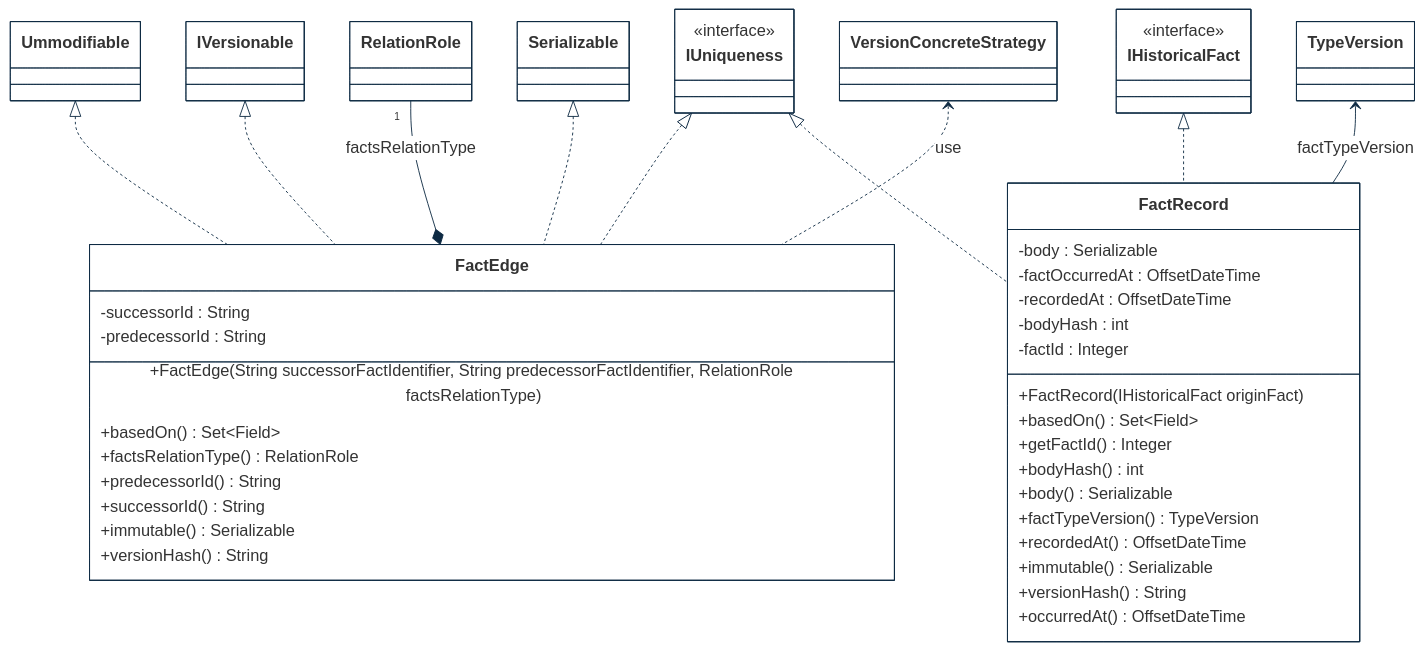
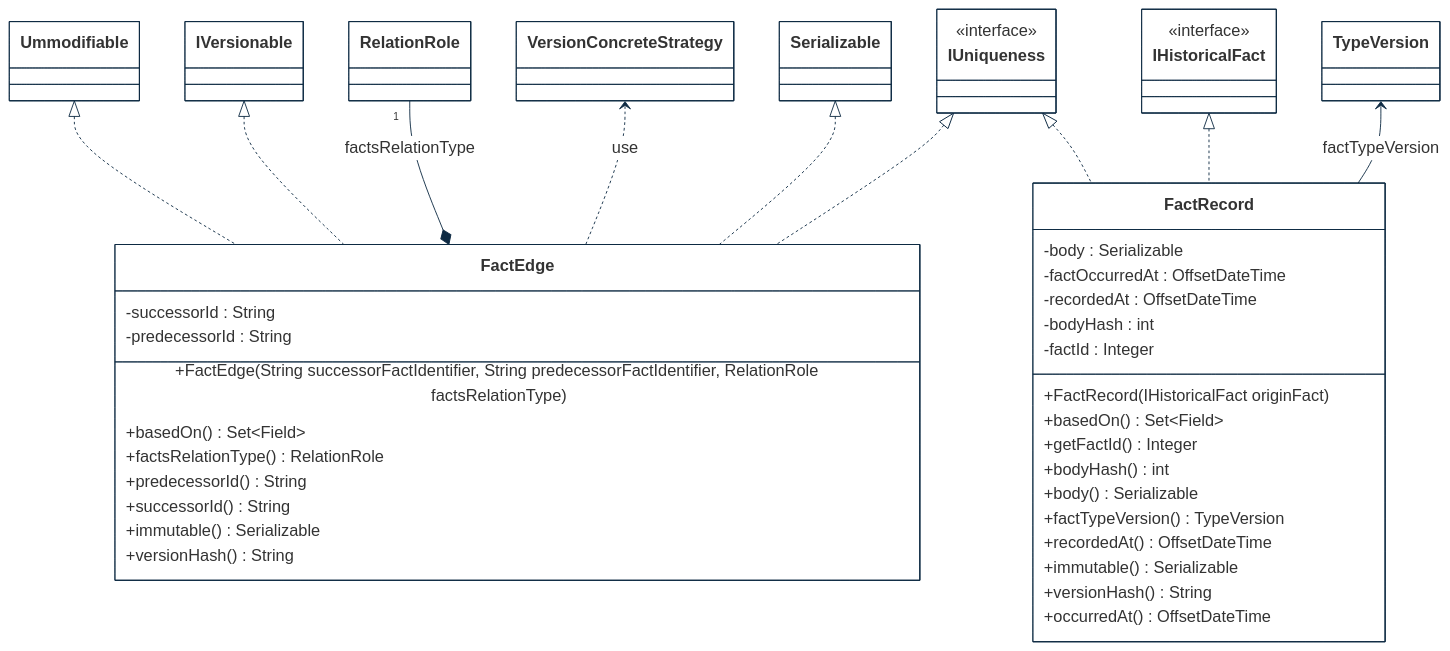
The first of 3 diagrams in implementations-line/framework/immutable/designview-packages.md (cybnity/foundation), drawn with Mermaid before and after one commit. The commit also changed other lines of this file, not shown here.

````diff
--- a/implementations-line/framework/immutable/designview-packages.md
+++ b/implementations-line/framework/immutable/designview-packages.md
@@ -15,67 +15,67 @@
 ```mermaid
 %%{
   init: {
     'theme': 'base',
     'themeVariables': {
         'background': '#ffffff',
         'fontFamily': 'arial',
         'fontSize': '18px',
         'primaryColor': '#fff',
         'primaryBorderColor': '#0e2a43',
         'secondaryBorderColor': '#0e2a43',
         'tertiaryBorderColor': '#0e2a43',
         'edgeLabelBackground':'#0e2a43',
         'lineColor': '#0e2a43',
         'tertiaryColor': '#fff'
     }
   }
 }%%
 classDiagram
     Ummodifiable <|.. FactEdge
     IVersionable <|.. FactEdge
     RelationRole "1" --* FactEdge : factsRelationType
+    IHistoricalFact <|.. FactRecord
+    VersionConcreteStrategy <.. FactEdge : use
     IUniqueness <|.. FactEdge
-    IHistoricalFact <|.. FactRecord
     IUniqueness <|.. FactRecord
     Serializable <|.. FactEdge
-    VersionConcreteStrategy <.. FactEdge : use
     TypeVersion <-- FactRecord : factTypeVersion
 
     class IHistoricalFact {
         <<interface>>
     }
     class IUniqueness {
         <<interface>>
     }
     class RelationRole {
     }
     class FactEdge {
         -successorId : String
         -predecessorId : String
         +FactEdge(String successorFactIdentifier, String predecessorFactIdentifier, RelationRole factsRelationType)
         +basedOn() Set~Field~
         +factsRelationType() RelationRole
         +predecessorId() String
         +successorId() String
         +immutable() Serializable
         +versionHash() String
     }
     class FactRecord {
         -body : Serializable
         -factOccurredAt : OffsetDateTime
         -recordedAt : OffsetDateTime
         -bodyHash : int
         -factId : Integer
         +FactRecord(IHistoricalFact originFact)
         +basedOn() Set~Field~
         +getFactId() Integer
         +bodyHash() int
         +body() Serializable
         +factTypeVersion() TypeVersion
         +recordedAt() OffsetDateTime
         +immutable() Serializable
         +versionHash() String
         +occurredAt() OffsetDateTime
     }
 
 ```
````
